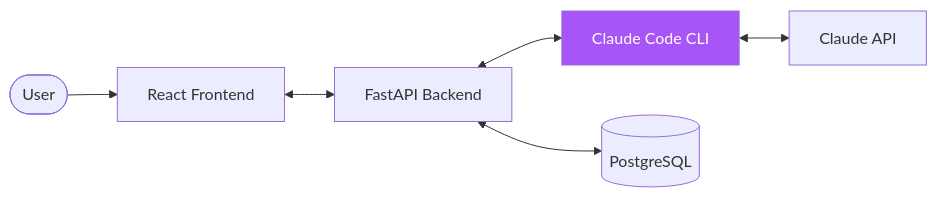
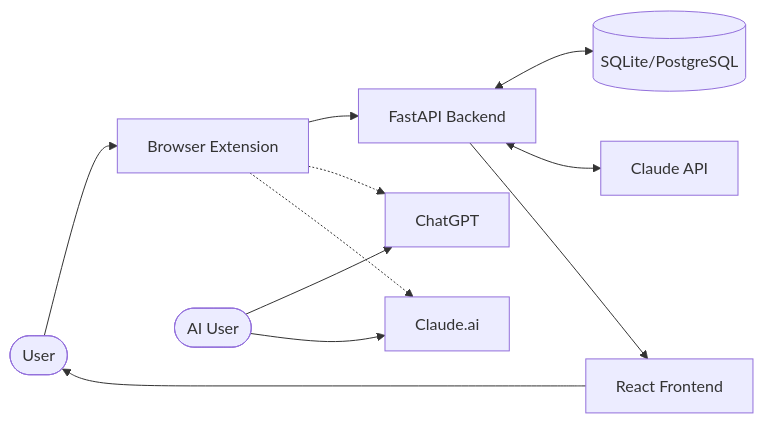
Before and after one commit to zhu1090093659/GEO: the first of 6 diagrams in docs/architecture/OVERVIEW.md, drawn with Mermaid. The commit also changed other lines of this file and 10 other files, not shown here.

Commit message:
Refactor documentation to enhance clarity and structure, including updates to architecture, module interfaces, API references, and troubleshooting guides. Introduce GEO branding across all documents and improve the setup and deployment instructions for better developer experience.

````diff
--- a/docs/architecture/OVERVIEW.md
+++ b/docs/architecture/OVERVIEW.md
@@ -5,10 +7,14 @@
 ```mermaid
 flowchart LR
-    User([User]) --> Frontend[React Frontend]
-    Frontend <--> Backend[FastAPI Backend]
-    Backend <--> CC[Claude Code CLI]
-    CC <--> Claude[Claude API]
-    Backend <--> DB[(PostgreSQL)]
+    User([User]) --> Extension[Browser Extension]
+    Extension --> Backend[FastAPI Backend]
+    Backend <--> DB[(SQLite/PostgreSQL)]
+    Backend <--> Claude[Claude API]
+    Backend --> Frontend[React Frontend]
+    Frontend --> User
     
-    style CC fill:#a855f7,color:#fff
+    AIUser([AI User]) --> ChatGPT[ChatGPT]
+    AIUser --> ClaudeAI[Claude.ai]
+    Extension -.-> ChatGPT
+    Extension -.-> ClaudeAI
 ```
````
